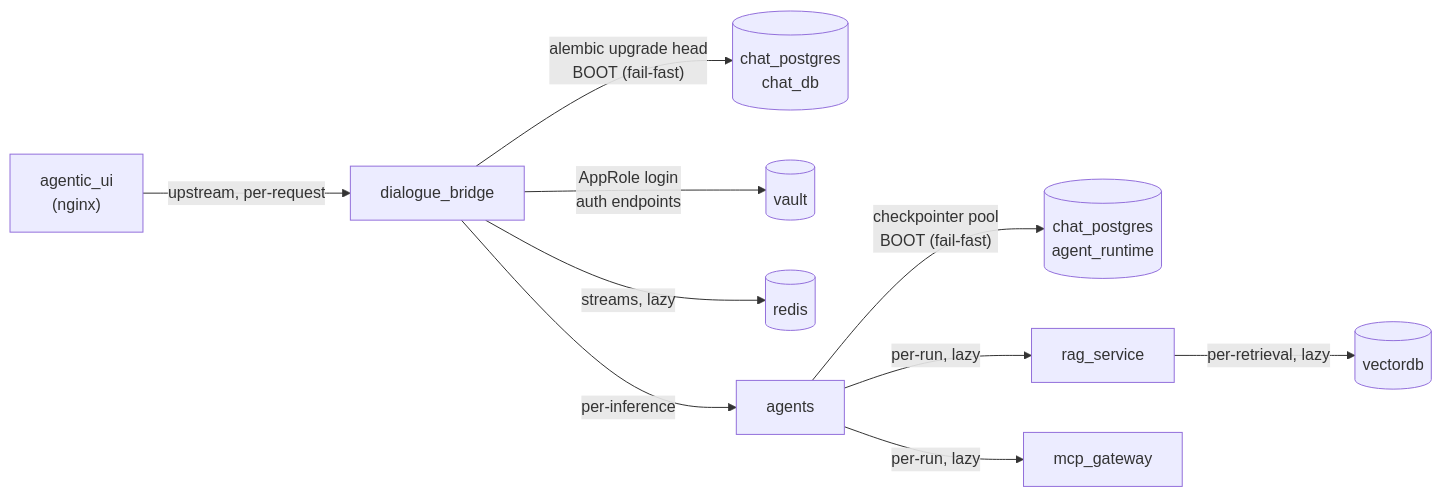
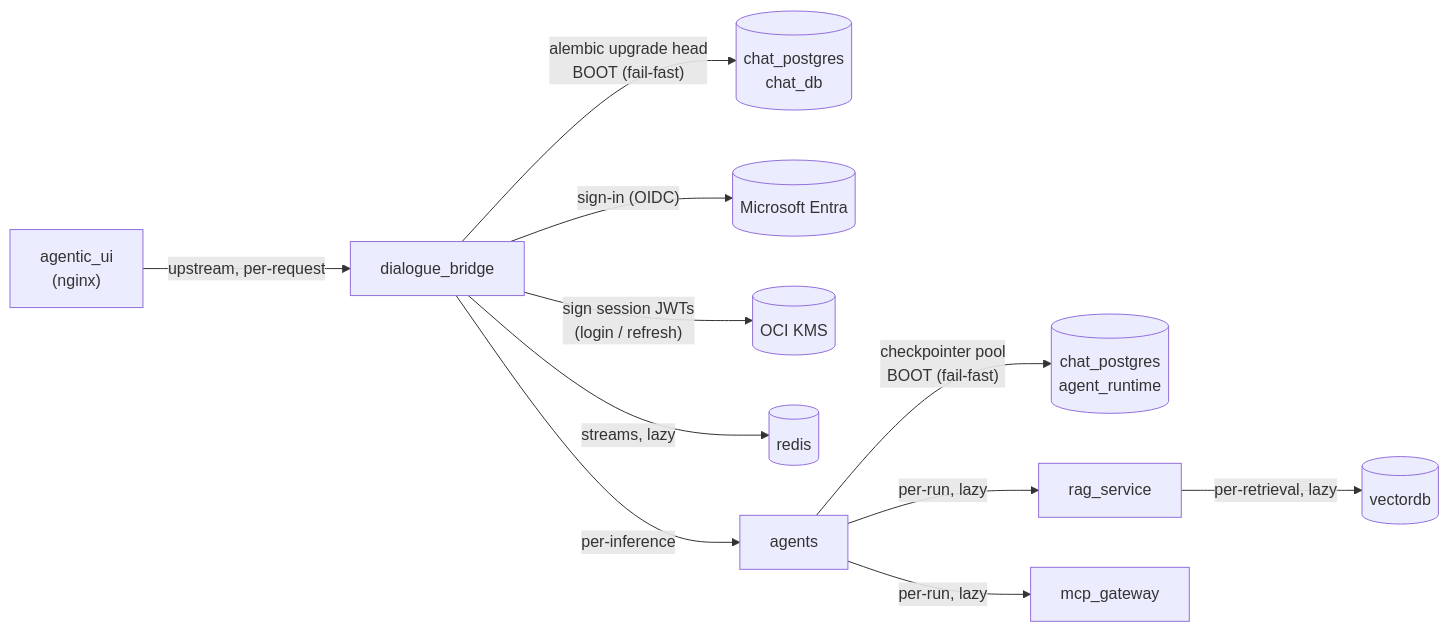
The diagram in docs/architecture/service-startup.md (konstantinosmpouros/mAgenticX), drawn with Mermaid before and after one commit. The commit also changed other lines of this file and 44 other files, not shown here.

Commit message:
feat(dialogue_bridge,agentic_ui): make Microsoft Entra SSO the only login and sign session tokens with an OCI KMS HSM key instead of Vault

````diff
--- a/docs/architecture/service-startup.md
+++ b/docs/architecture/service-startup.md
@@ -9,12 +9,13 @@
 ```mermaid
 flowchart LR
     NGINX["agentic_ui\n(nginx)"] -->|"upstream, per-request"| BFF["dialogue_bridge"]
     BFF -->|"alembic upgrade head\nBOOT (fail-fast)"| PG_CHAT[("chat_postgres\nchat_db")]
-    BFF -->|"AppRole login\nauth endpoints"| VAULT[("vault")]
+    BFF -->|"sign-in (OIDC)"| ENTRA[("Microsoft Entra")]
+    BFF -->|"sign session JWTs\n(login / refresh)"| KMS[("OCI KMS")]
     BFF -->|"streams, lazy"| REDIS[("redis")]
     BFF -->|"per-inference"| AGENTS["agents"]
     AGENTS -->|"checkpointer pool\nBOOT (fail-fast)"| PG_RT[("chat_postgres\nagent_runtime")]
     AGENTS -->|"per-run, lazy"| RAG["rag_service"]
     AGENTS -->|"per-run, lazy"| MCP["mcp_gateway"]
     RAG -->|"per-retrieval, lazy"| CHROMA[("vectordb")]
 ```
````
